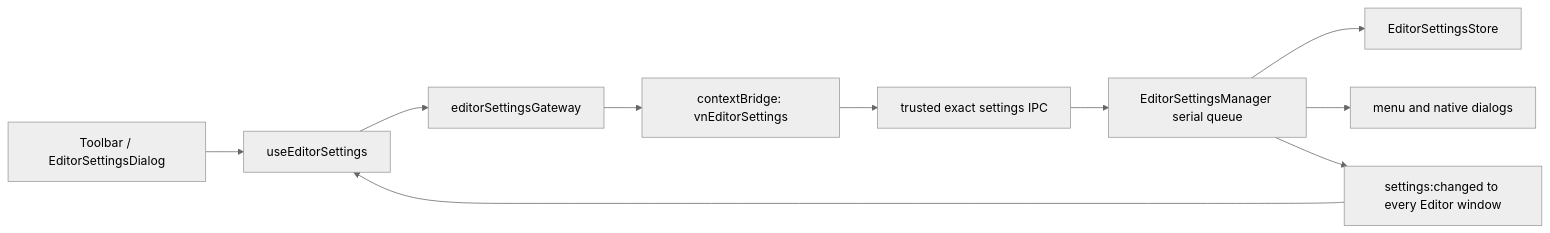
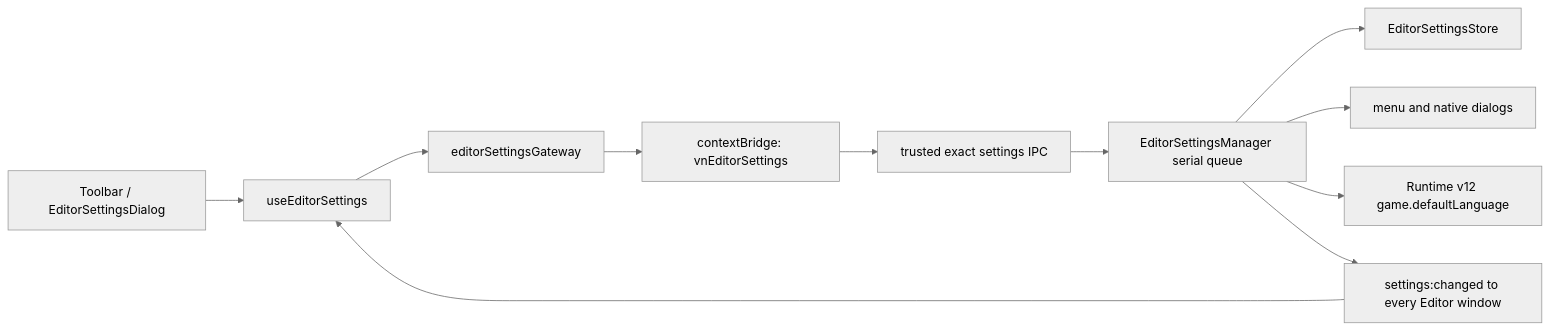
Before and after one commit to DarkboyRyan/Scratch-Novel-Engine: the diagram in docs/editor-localization-implementation.md, drawn with Mermaid (neutral theme). The commit also changed other lines of this file and 187 other files, not shown here.

Commit message:
update logic section, fix export bug(exporting game should follow the language setting)

````diff
--- a/docs/editor-localization-implementation.md
+++ b/docs/editor-localization-implementation.md
@@ -59,12 +63,13 @@
 ```mermaid
 flowchart LR
   DIALOG["Toolbar / EditorSettingsDialog"] --> HOOK["useEditorSettings"]
   HOOK --> GATEWAY["editorSettingsGateway"]
   GATEWAY --> PRELOAD["contextBridge: vnEditorSettings"]
   PRELOAD --> IPC["trusted exact settings IPC"]
   IPC --> MANAGER["EditorSettingsManager serial queue"]
   MANAGER --> STORE["EditorSettingsStore"]
   MANAGER --> NATIVE["menu and native dialogs"]
+  MANAGER --> EXPORT["Runtime v12 game.defaultLanguage"]
   MANAGER --> BROADCAST["settings:changed to every Editor window"]
   BROADCAST --> HOOK
 ```
````
